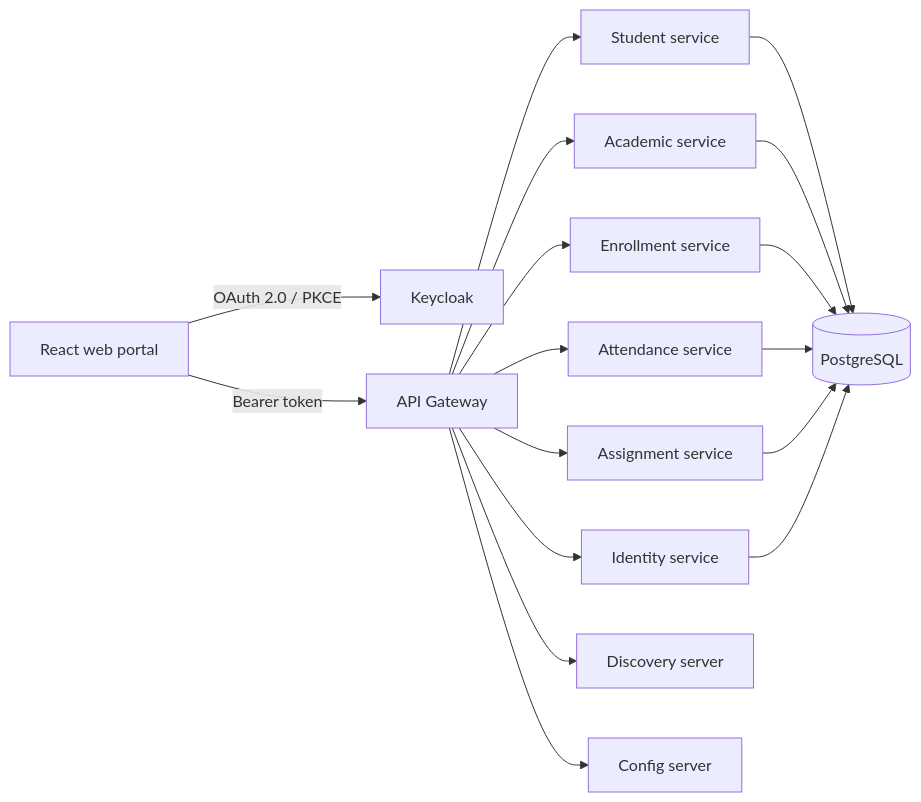
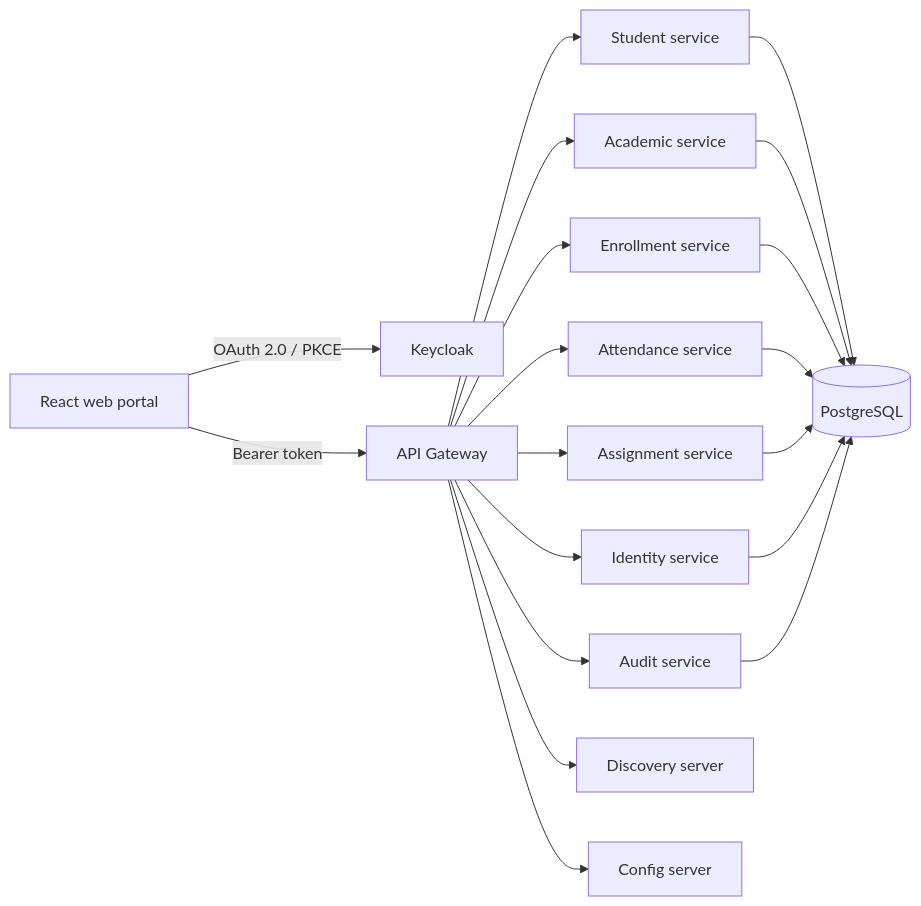
One commit to jsan2321/university-management-microservices changed the diagram in README.md. Above: the diagram before and after it, drawn with Mermaid. The commit also changed other lines of this file and 168 other files, not shown here.

````diff
--- a/README.md
+++ b/README.md
@@ -13,19 +13,21 @@
 ```mermaid
 flowchart LR
     Web[React web portal] -->|OAuth 2.0 / PKCE| Keycloak[Keycloak]
     Web -->|Bearer token| Gateway[API Gateway]
     Gateway --> Student[Student service]
     Gateway --> Academic[Academic service]
     Gateway --> Enrollment[Enrollment service]
     Gateway --> Attendance[Attendance service]
     Gateway --> Assignment[Assignment service]
     Gateway --> Identity[Identity service]
+    Gateway --> Audit[Audit service]
     Gateway --> Discovery[Discovery server]
     Gateway --> Config[Config server]
     Student --> Postgres[(PostgreSQL)]
     Academic --> Postgres
     Enrollment --> Postgres
     Attendance --> Postgres
     Assignment --> Postgres
     Identity --> Postgres
+    Audit --> Postgres
 ```
````
